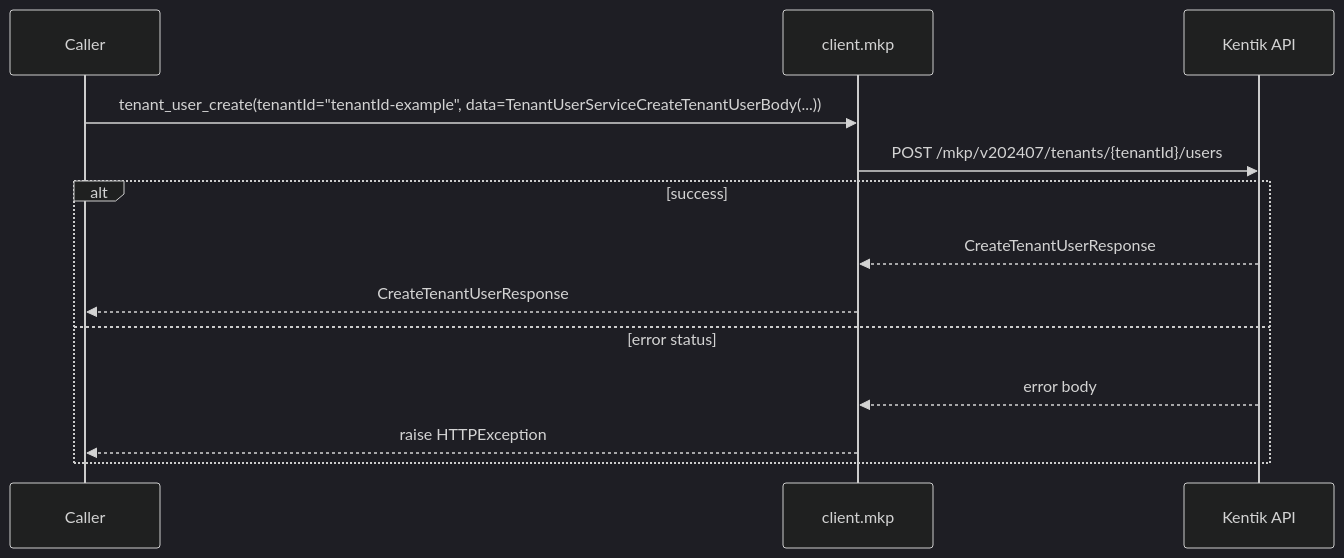
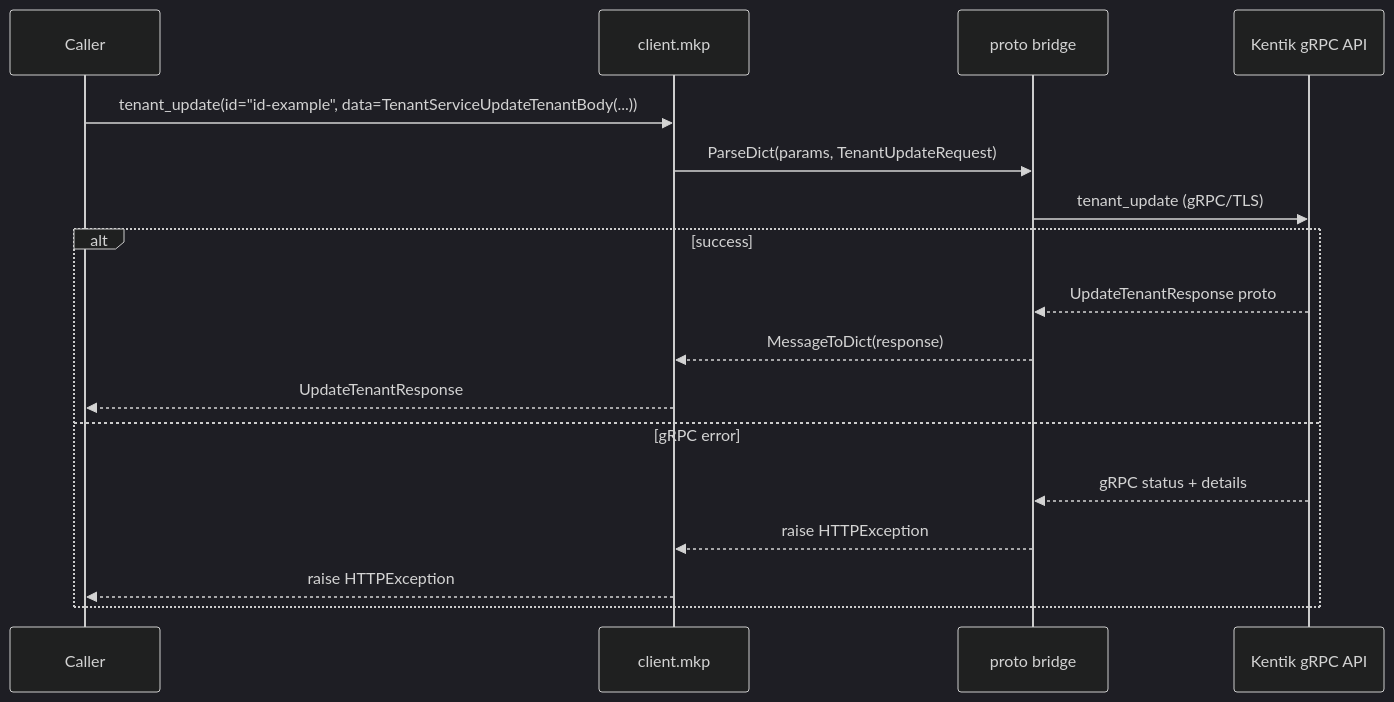
One commit to alexdearaujo/community_sdk_python changed diagram 19 of 30 in docs/sphinx/services/mkp.md. Above: the diagram before and after it, drawn with Mermaid (dark theme). The commit also changed other lines of this file and 61 other files, not shown here.

````diff
--- a/docs/sphinx/services/mkp.md
+++ b/docs/sphinx/services/mkp.md
@@ -573,16 +642,20 @@
 ```mermaid
 sequenceDiagram
     participant C as Caller
     participant W as client.mkp
-    participant API as Kentik API
+    participant B as proto bridge
+    participant API as Kentik gRPC API
 
-    C->>W: tenant_user_create(tenantId="tenantId-example", data=TenantUserServiceCreateTenantUserBody(...))
-    W->>API: POST /mkp/v202407/tenants/{tenantId}/users
+    C->>W: tenant_update(id="id-example", data=TenantServiceUpdateTenantBody(...))
+    W->>B: ParseDict(params, TenantUpdateRequest)
+    B->>API: tenant_update (gRPC/TLS)
     alt success
-        API-->>W: CreateTenantUserResponse
-        W-->>C: CreateTenantUserResponse
-    else error status
-        API-->>W: error body
+        API-->>B: UpdateTenantResponse proto
+        B-->>W: MessageToDict(response)
+        W-->>C: UpdateTenantResponse
+    else gRPC error
+        API-->>B: gRPC status + details
+        B-->>W: raise HTTPException
         W-->>C: raise HTTPException
     end
 ```
````
